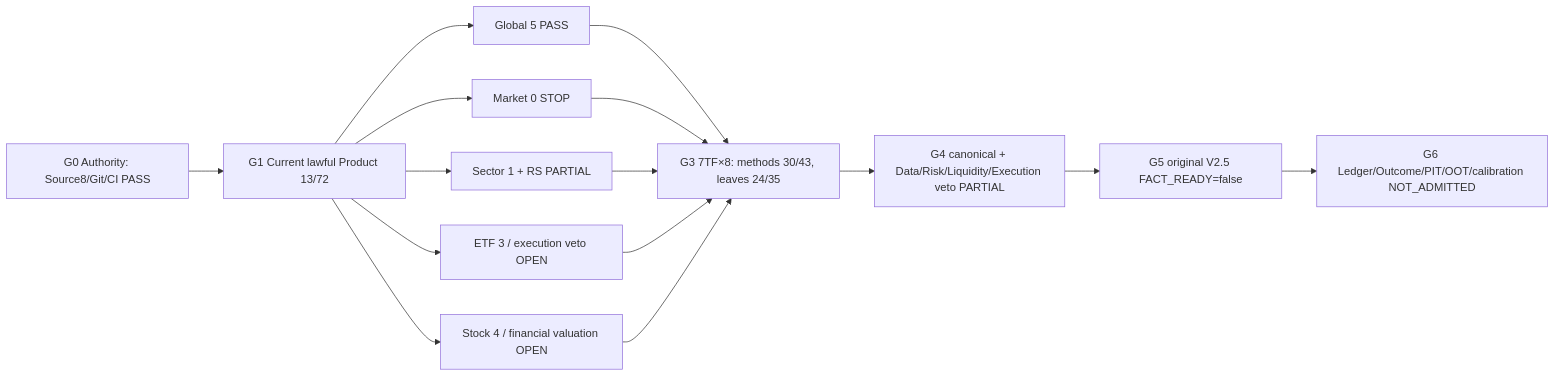
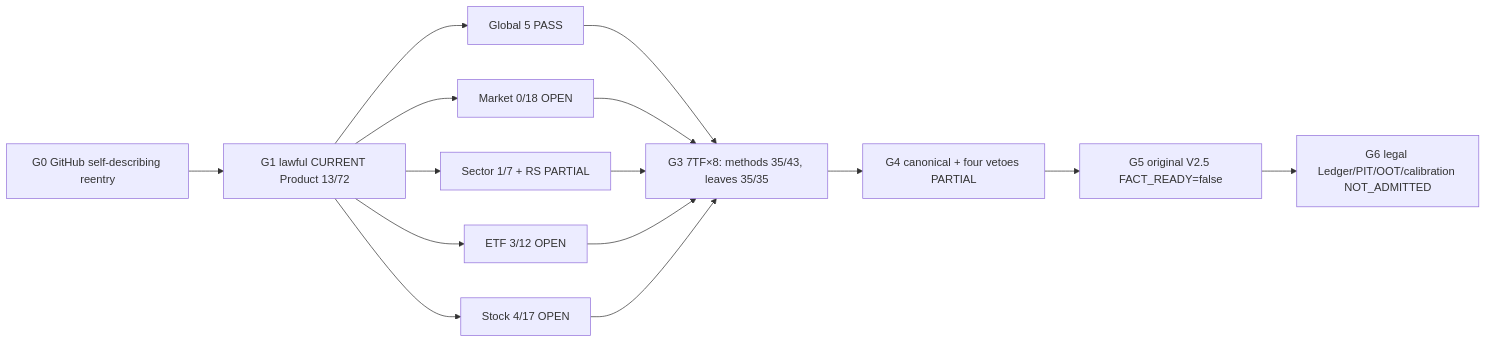
Before and after one commit to leeningzzu/dsa-market-research: the second of 2 diagrams in docs/stock-dsa-roadmap.md, drawn with Mermaid. The commit also changed other lines of this file and 22 other files, not shown here.

````diff
--- a/docs/stock-dsa-roadmap.md
+++ b/docs/stock-dsa-roadmap.md
@@ -66,17 +68,17 @@
 ```mermaid
 flowchart LR
-  G0[G0 Authority: Source8/Git/CI PASS] --> G1[G1 Current lawful Product 13/72]
+  G0[G0 GitHub self-describing reentry] --> G1[G1 lawful CURRENT Product 13/72]
   G1 --> GL[Global 5 PASS]
-  G1 --> MK[Market 0 STOP]
-  G1 --> SC[Sector 1 + RS PARTIAL]
-  G1 --> ET[ETF 3 / execution veto OPEN]
-  G1 --> ST[Stock 4 / financial valuation OPEN]
-  GL --> G3[G3 7TF×8: methods 30/43, leaves 24/35]
+  G1 --> MK[Market 0/18 OPEN]
+  G1 --> SC[Sector 1/7 + RS PARTIAL]
+  G1 --> ET[ETF 3/12 OPEN]
+  G1 --> ST[Stock 4/17 OPEN]
+  GL --> G3[G3 7TF×8: methods 35/43, leaves 35/35]
   MK --> G3
   SC --> G3
   ET --> G3
   ST --> G3
-  G3 --> G4[G4 canonical + Data/Risk/Liquidity/Execution veto PARTIAL]
+  G3 --> G4[G4 canonical + four vetoes PARTIAL]
   G4 --> G5[G5 original V2.5 FACT_READY=false]
-  G5 --> G6[G6 Ledger/Outcome/PIT/OOT/calibration NOT_ADMITTED]
+  G5 --> G6[G6 legal Ledger/PIT/OOT/calibration NOT_ADMITTED]
 ```
````
